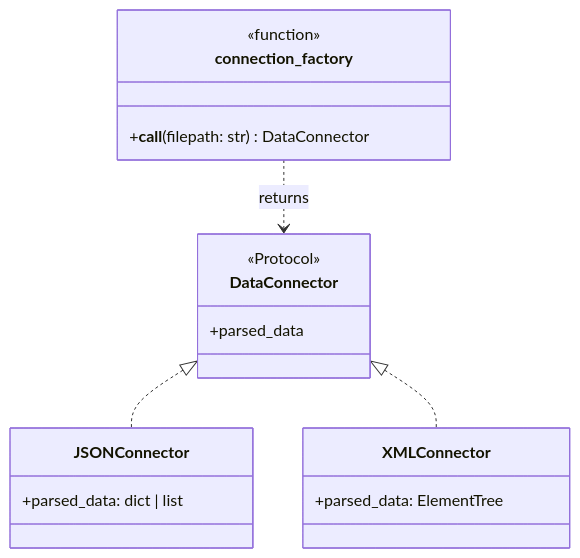
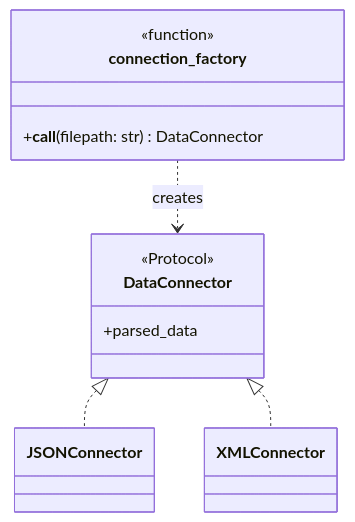
One commit to SanjayR857/All-in-One-Notes changed the diagram in python-design-patterns/creational/factory-method.md. Above: the diagram before and after it, drawn with Mermaid. The commit also changed other lines of this file and 40 other files, not shown here.

````diff
--- a/python-design-patterns/creational/factory-method.md
+++ b/python-design-patterns/creational/factory-method.md
@@ -25,20 +33,16 @@
 ```mermaid
 classDiagram
     class DataConnector {
         <<Protocol>>
         +parsed_data
     }
-    class JSONConnector {
-        +parsed_data: dict | list
-    }
-    class XMLConnector {
-        +parsed_data: ElementTree
-    }
+    class JSONConnector
+    class XMLConnector
     class connection_factory {
         <<function>>
         +__call__(filepath: str) DataConnector
     }
-    connection_factory ..> DataConnector : returns
+    connection_factory ..> DataConnector : creates
     DataConnector <|.. JSONConnector
     DataConnector <|.. XMLConnector
 ```
````
